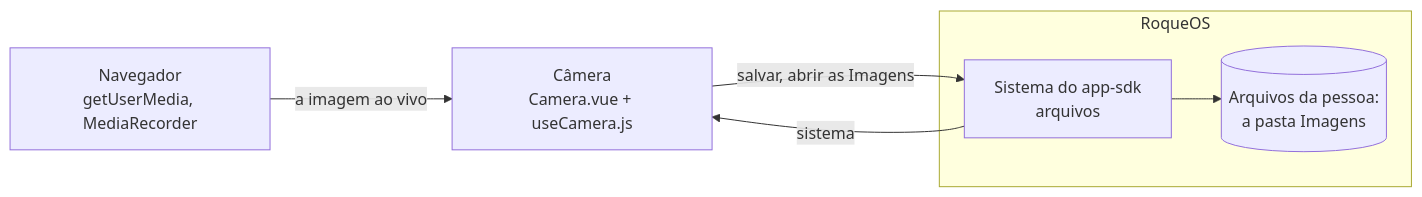
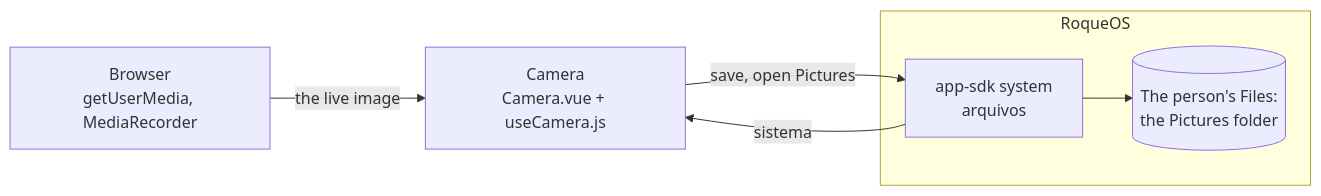
The diagram in README.md (roqueos-apps/camera), drawn with Mermaid before and after one commit. The commit also changed other lines of this file and 27 other files, not shown here.

````diff
--- a/README.md
+++ b/README.md
@@ -27,13 +17,13 @@
 ```mermaid
 flowchart LR
-  N[Navegador<br/>getUserMedia, MediaRecorder]
+  N[Browser<br/>getUserMedia, MediaRecorder]
   subgraph RoqueOS
-    H[Sistema do app-sdk<br/>arquivos]
-    I[(Arquivos da pessoa:<br/>a pasta Imagens)]
+    H[app-sdk system<br/>arquivos]
+    I[(The person's Files:<br/>the Pictures folder)]
   end
-  C[Câmera<br/>Camera.vue + useCamera.js]
-  N -- a imagem ao vivo --> C
+  C[Camera<br/>Camera.vue + useCamera.js]
+  N -- the live image --> C
   H -- sistema --> C
-  C -- salvar, abrir as Imagens --> H
+  C -- save, open Pictures --> H
   H --> I
 ```
````
